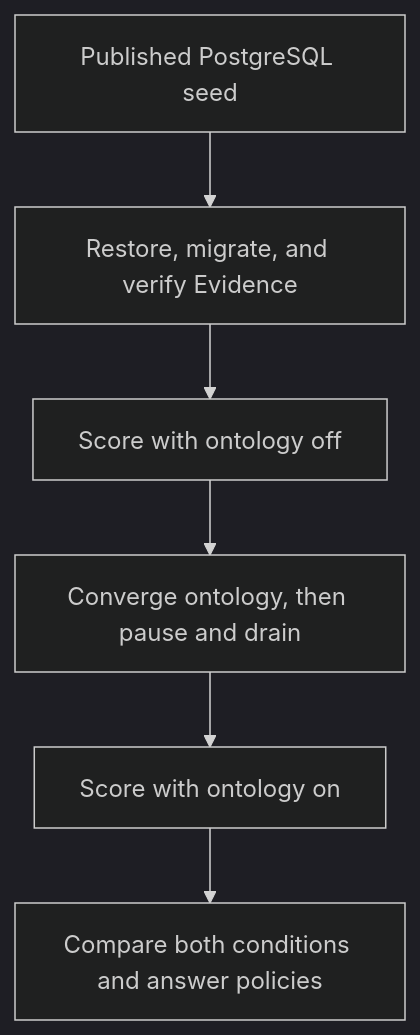
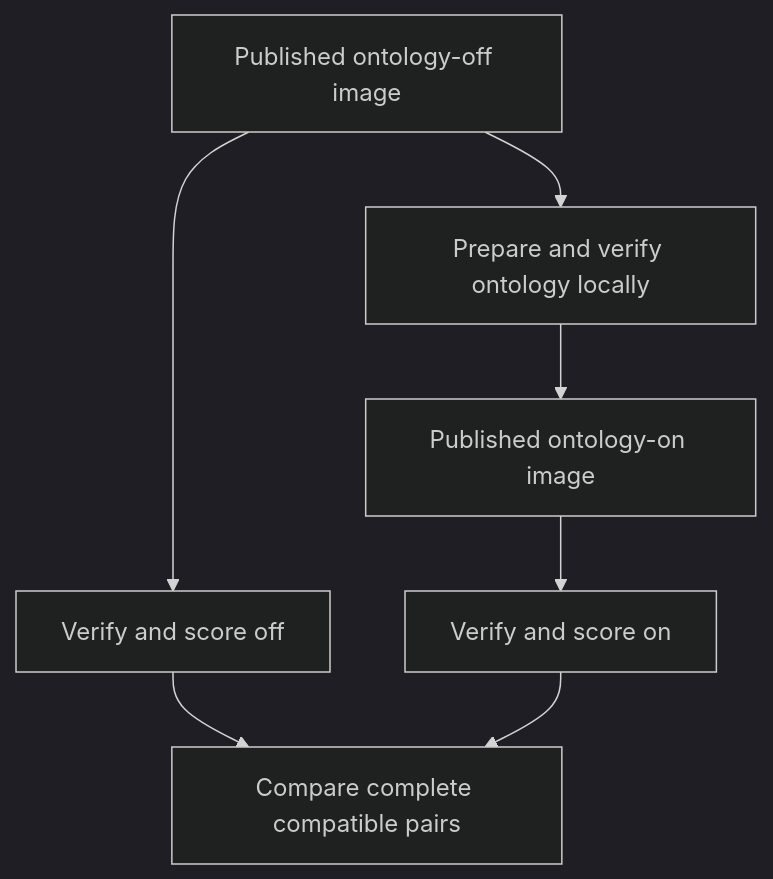
Before and after one commit to markhuangai/dense-mem: the diagram in Evaluation.md, drawn with Mermaid (dark theme). The commit also changed other lines of this file, not shown here.

Commit message:
Document prepared ontology evaluation seeds

````diff
--- a/Evaluation.md
+++ b/Evaluation.md
@@ -17,8 +22,9 @@
 ```mermaid
 flowchart TB
-  Seed["Published PostgreSQL seed"] --> Verify["Restore, migrate, and verify Evidence"]
-  Verify --> Off["Score with ontology off"]
-  Off --> Converge["Converge ontology, then pause and drain"]
-  Converge --> On["Score with ontology on"]
-  On --> Report["Compare both conditions and answer policies"]
+  Parent["Published ontology-off image"] --> Prep["Prepare and verify ontology locally"]
+  Prep --> Child["Published ontology-on image"]
+  Parent --> Off["Verify and score off"]
+  Child --> On["Verify and score on"]
+  Off --> Compare["Compare complete compatible pairs"]
+  On --> Compare
 ```
````
